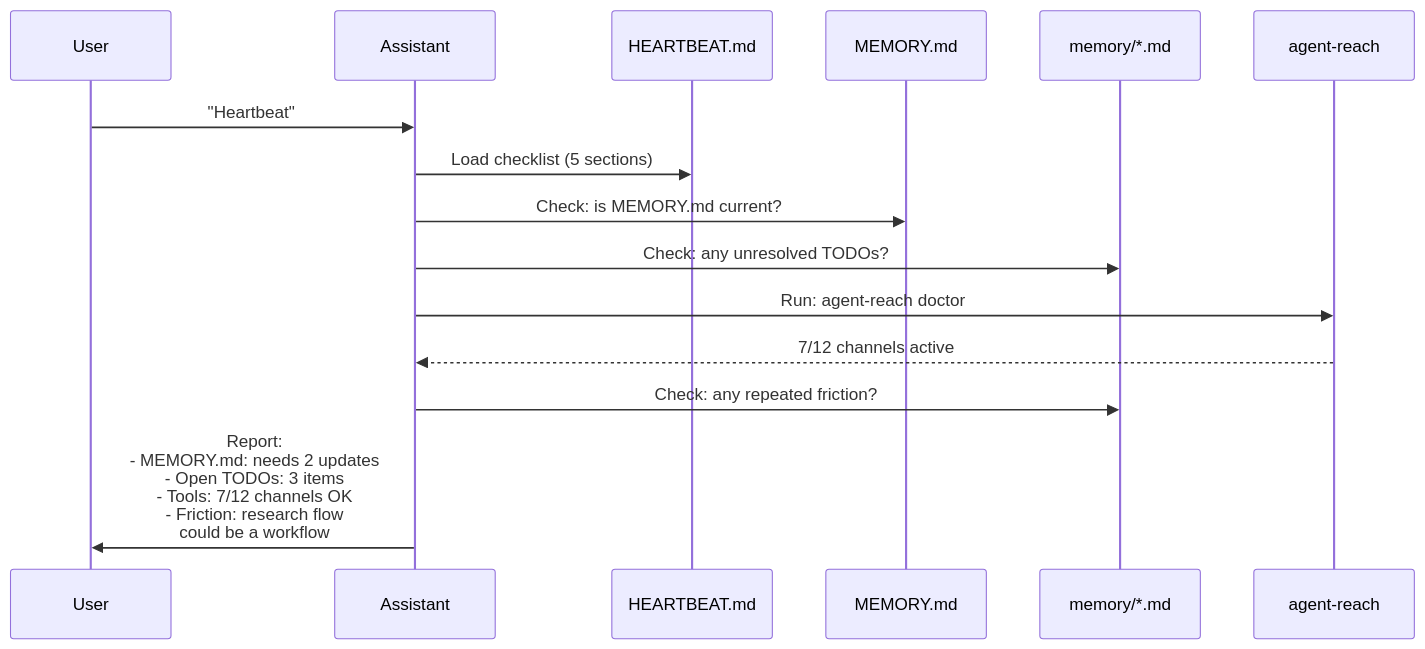
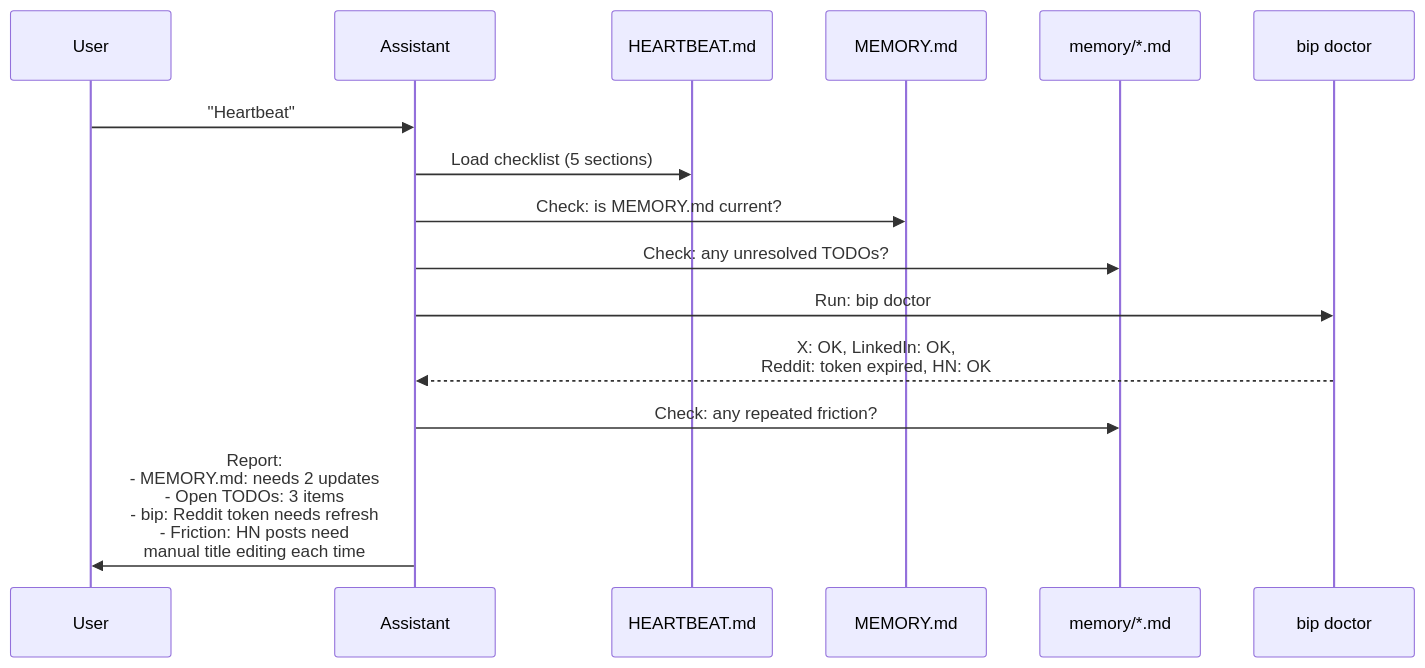
The ninth of 10 diagrams in _posts/2026-02-27-self-evolving-ai-assistant.md (cynthialmy/cynthialmy.github.io), drawn with Mermaid before and after one commit. The commit also changed other lines of this file and 1 other file, not shown here.

Commit message:
added  bip npm build

````diff
--- a/_posts/2026-02-27-self-evolving-ai-assistant.md
+++ b/_posts/2026-02-27-self-evolving-ai-assistant.md
@@ -425,18 +484,18 @@
 ```mermaid
 sequenceDiagram
     participant User
     participant Assistant
     participant HB as HEARTBEAT.md
     participant Mem as MEMORY.md
     participant Logs as memory/*.md
-    participant Tools as agent-reach
+    participant BIP as bip doctor
 
     User->>Assistant: "Heartbeat"
     Assistant->>HB: Load checklist (5 sections)
     Assistant->>Mem: Check: is MEMORY.md current?
     Assistant->>Logs: Check: any unresolved TODOs?
-    Assistant->>Tools: Run: agent-reach doctor
-    Tools-->>Assistant: 7/12 channels active
+    Assistant->>BIP: Run: bip doctor
+    BIP-->>Assistant: X: OK, LinkedIn: OK,<br/>Reddit: token expired, HN: OK
     Assistant->>Logs: Check: any repeated friction?
-    Assistant->>User: Report:<br/>- MEMORY.md: needs 2 updates<br/>- Open TODOs: 3 items<br/>- Tools: 7/12 channels OK<br/>- Friction: research flow<br/>  could be a workflow
+    Assistant->>User: Report:<br/>- MEMORY.md: needs 2 updates<br/>- Open TODOs: 3 items<br/>- bip: Reddit token needs refresh<br/>- Friction: HN posts need<br/>  manual title editing each time
 ```
````
